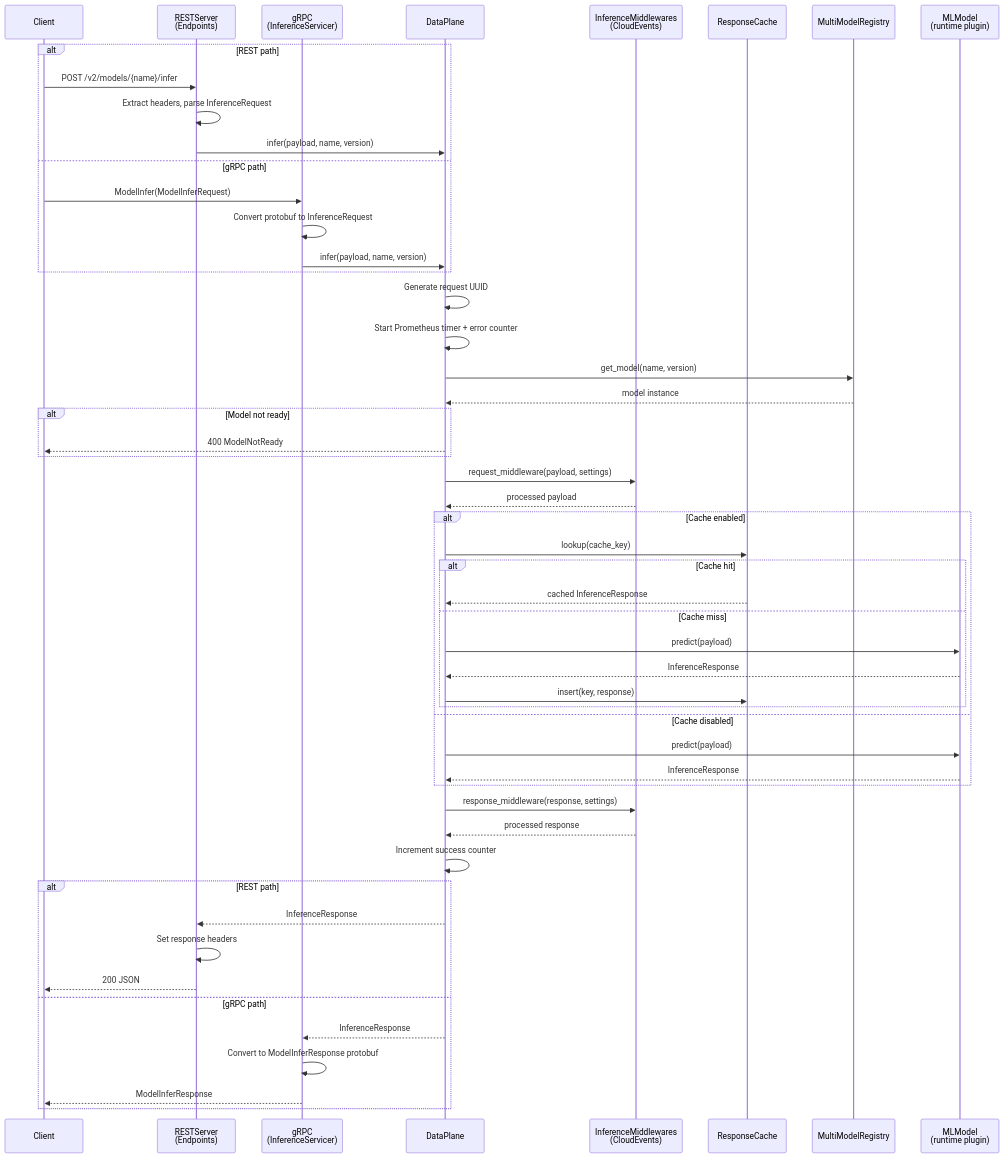
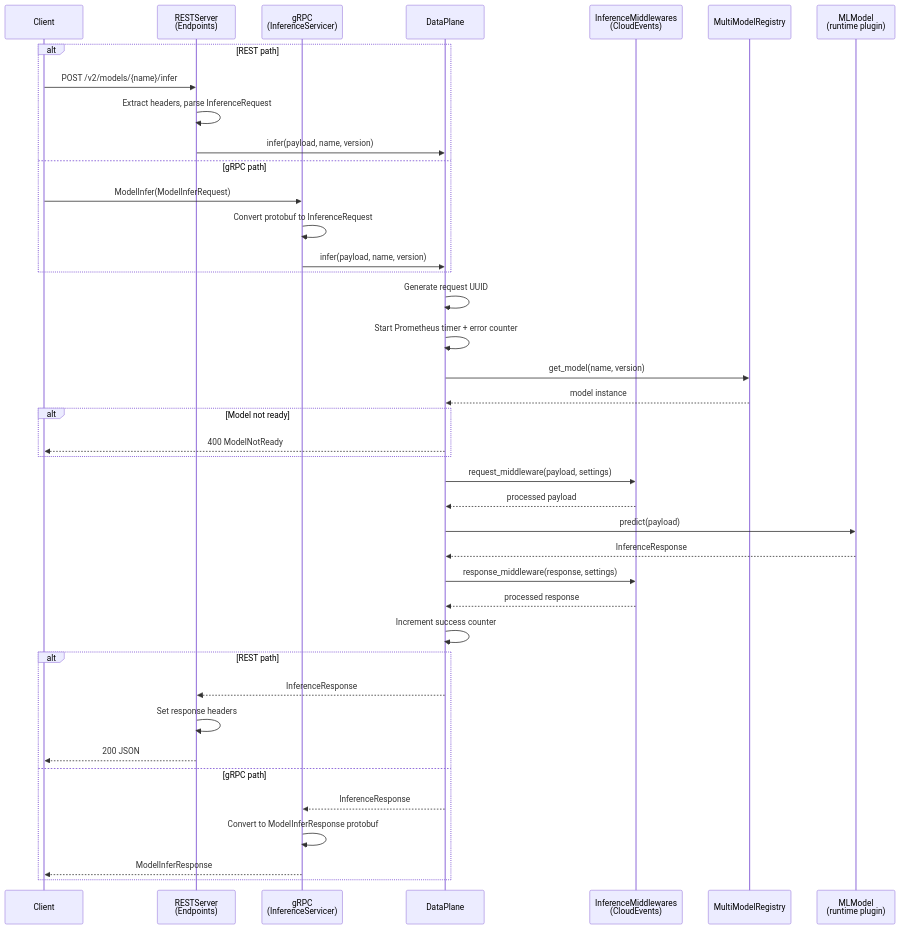
Before and after one commit to Snomaan6846/MLServer: the third of 9 diagrams in docs/engineering/architecture.md, drawn with Mermaid. The commit also changed other lines of this file and 25 other files, not shown here.

````diff
--- a/docs/engineering/architecture.md
+++ b/docs/engineering/architecture.md
@@ -252,62 +250,50 @@
 ```mermaid
 sequenceDiagram
     participant Client
     participant REST as RESTServer<br/>(Endpoints)
     participant GRPC as gRPC<br/>(InferenceServicer)
     participant DP as DataPlane
     participant MW as InferenceMiddlewares<br/>(CloudEvents)
-    participant Cache as ResponseCache
     participant Reg as MultiModelRegistry
     participant Model as MLModel<br/>(runtime plugin)
 
     alt REST path
         Client->>REST: POST /v2/models/{name}/infer
         REST->>REST: Extract headers, parse InferenceRequest
         REST->>DP: infer(payload, name, version)
     else gRPC path
         Client->>GRPC: ModelInfer(ModelInferRequest)
         GRPC->>GRPC: Convert protobuf to InferenceRequest
         GRPC->>DP: infer(payload, name, version)
     end
 
     DP->>DP: Generate request UUID
     DP->>DP: Start Prometheus timer + error counter
 
     DP->>Reg: get_model(name, version)
     Reg-->>DP: model instance
 
     alt Model not ready
         DP-->>Client: 400 ModelNotReady
     end
 
     DP->>MW: request_middleware(payload, settings)
     MW-->>DP: processed payload
 
-    alt Cache enabled
-        DP->>Cache: lookup(cache_key)
-        alt Cache hit
-            Cache-->>DP: cached InferenceResponse
-        else Cache miss
-            DP->>Model: predict(payload)
-            Model-->>DP: InferenceResponse
-            DP->>Cache: insert(key, response)
-        end
-    else Cache disabled
-        DP->>Model: predict(payload)
-        Model-->>DP: InferenceResponse
-    end
+    DP->>Model: predict(payload)
+    Model-->>DP: InferenceResponse
 
     DP->>MW: response_middleware(response, settings)
     MW-->>DP: processed response
     DP->>DP: Increment success counter
 
     alt REST path
         DP-->>REST: InferenceResponse
         REST->>REST: Set response headers
         REST-->>Client: 200 JSON
     else gRPC path
         DP-->>GRPC: InferenceResponse
         GRPC->>GRPC: Convert to ModelInferResponse protobuf
         GRPC-->>Client: ModelInferResponse
     end
 ```
````
